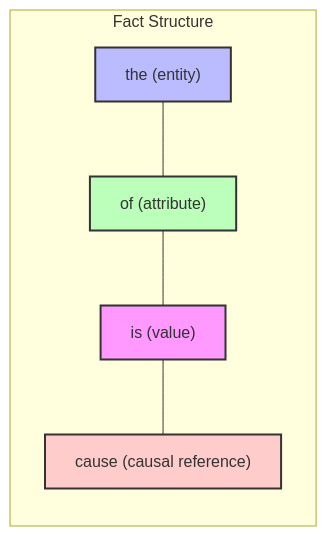
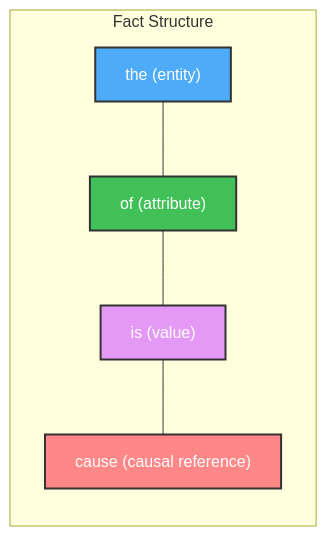
The first of 11 diagrams in notes/architecture overview.md (dialog-db/dialog-db), drawn with Mermaid before and after one commit. The commit also changed other lines of this file, not shown here.

````diff
--- a/notes/architecture overview.md
+++ b/notes/architecture overview.md
@@ -24,14 +24,14 @@
 ```mermaid
 flowchart LR
     subgraph "Fact Structure"
         direction TB
         E["the (entity)"] --- A["of (attribute)"]
         A --- V["is (value)"]
         V --- C["cause (causal reference)"]
     end
 
-    style E fill:#bbf,stroke:#333,stroke-width:2px
-    style A fill:#bfb,stroke:#333,stroke-width:2px
-    style V fill:#f9f,stroke:#333,stroke-width:2px
-    style C fill:#fcc,stroke:#333,stroke-width:2px
+    style E fill:#4DABF7,stroke:#333,stroke-width:2px,color:#FFFFFF
+    style A fill:#40C057,stroke:#333,stroke-width:2px,color:#FFFFFF
+    style V fill:#E599F7,stroke:#333,stroke-width:2px,color:#FFFFFF
+    style C fill:#FF8787,stroke:#333,stroke-width:2px,color:#FFFFFF
 ```
````
